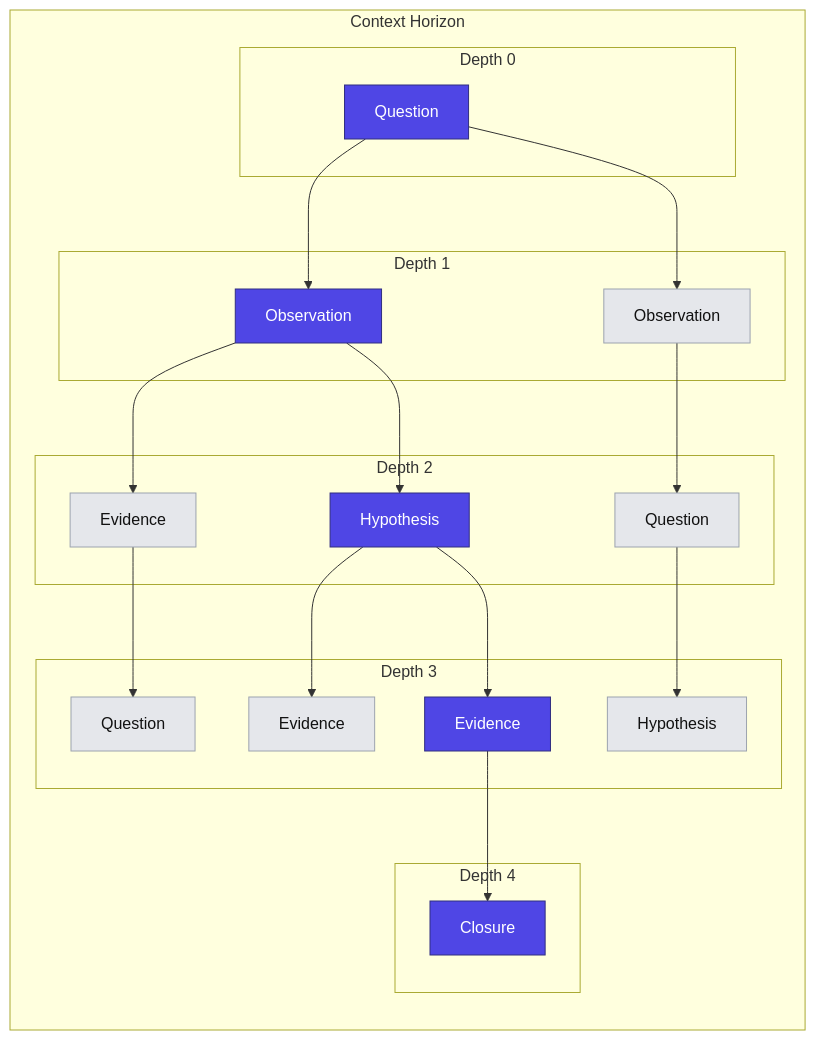
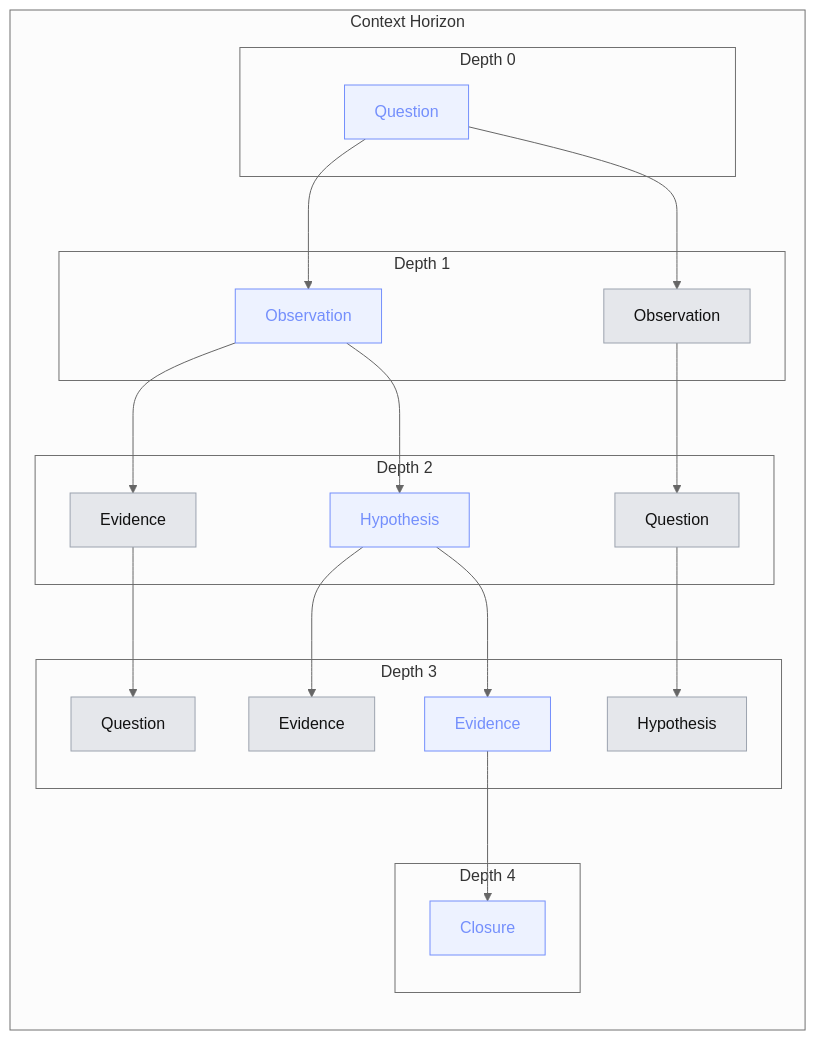
One commit to clairemira/miranova changed the second of 8 diagrams in content/commons/01-overview.mdx. Above: the diagram before and after it, drawn with Mermaid. The commit also changed other lines of this file, not shown here.

Commit message:
Updated docs and added more graphs

````diff
--- a/content/commons/01-overview.mdx
+++ b/content/commons/01-overview.mdx
@@ -276,53 +285,59 @@
 ```mermaid
+---
+config:
+  flowchart:
+    curve: basis
+  theme: neutral
+---
 graph TD
 
   subgraph CH["Context Horizon"]
     direction TB
 
     subgraph D0["Depth 0"]
       A["Question"]
     end
 
     subgraph D1["Depth 1"]
       B["Observation"]
       C["Observation"]
     end
 
     subgraph D2["Depth 2"]
       D["Evidence"]
       E["Hypothesis"]
       F["Question"]
     end
 
     subgraph D3["Depth 3"]
       G["Question"]
       H["Evidence"]
       I["Evidence"]
       J["Hypothesis"]
     end
 
     subgraph D4["Depth 4"]
       K["Closure"]
     end
 
     A --> B
     A --> C
 
     B --> D
     B --> E
     C --> F
 
     D --> G
     E --> H
     E --> I
     F --> J
 
     I --> K
   end
 
   class A,B,E,I,K longestPath
   class D,F,G,H,J,C otherNode
 
-  classDef longestPath fill:#4f46e5,stroke:#312e81,color:#fff
+  classDef longestPath fill:#edf2ff,stroke:#748ffc,color:#748ffc
   classDef otherNode fill:#e5e7eb,stroke:#9ca3af,color:#111
 ```
````
